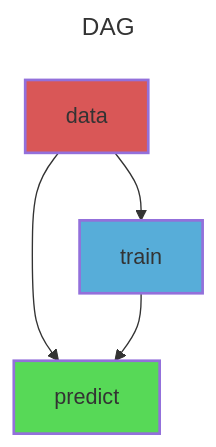
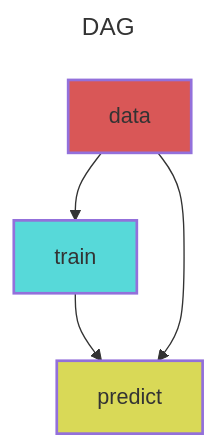
Before and after one commit to tremblaybenoit/RACCOONN: the diagram in forward/predict.mmd, drawn with Mermaid. The commit also changed 8 other files, not shown here.

```diff
--- a/forward/predict.mmd
+++ b/forward/predict.mmd
@@ -1,13 +1,13 @@
 ---
 title: DAG
 ---
 flowchart TB
 	id0[predict]
 	id1[data]
 	id2[train]
-	style id0 fill:#57D957,stroke-width:2px,color:#333333
+	style id0 fill:#D9D957,stroke-width:2px,color:#333333
 	style id1 fill:#D95757,stroke-width:2px,color:#333333
-	style id2 fill:#57ADD9,stroke-width:2px,color:#333333
+	style id2 fill:#57D9D9,stroke-width:2px,color:#333333
+	id2 --> id0
 	id1 --> id0
-	id2 --> id0
 	id1 --> id2
```
